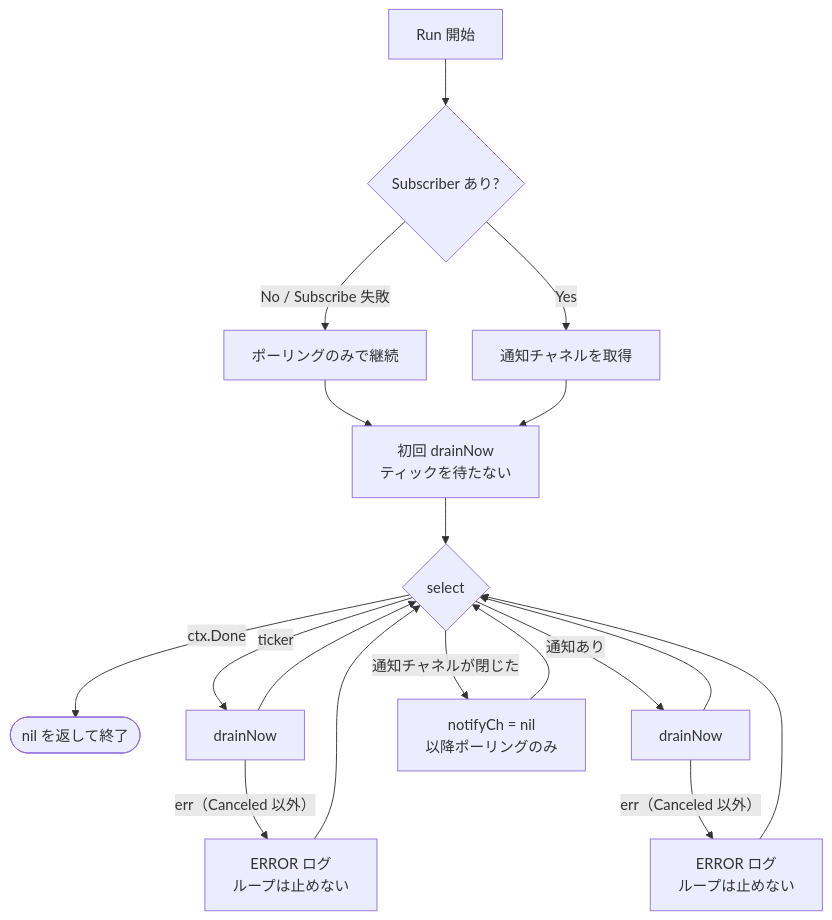
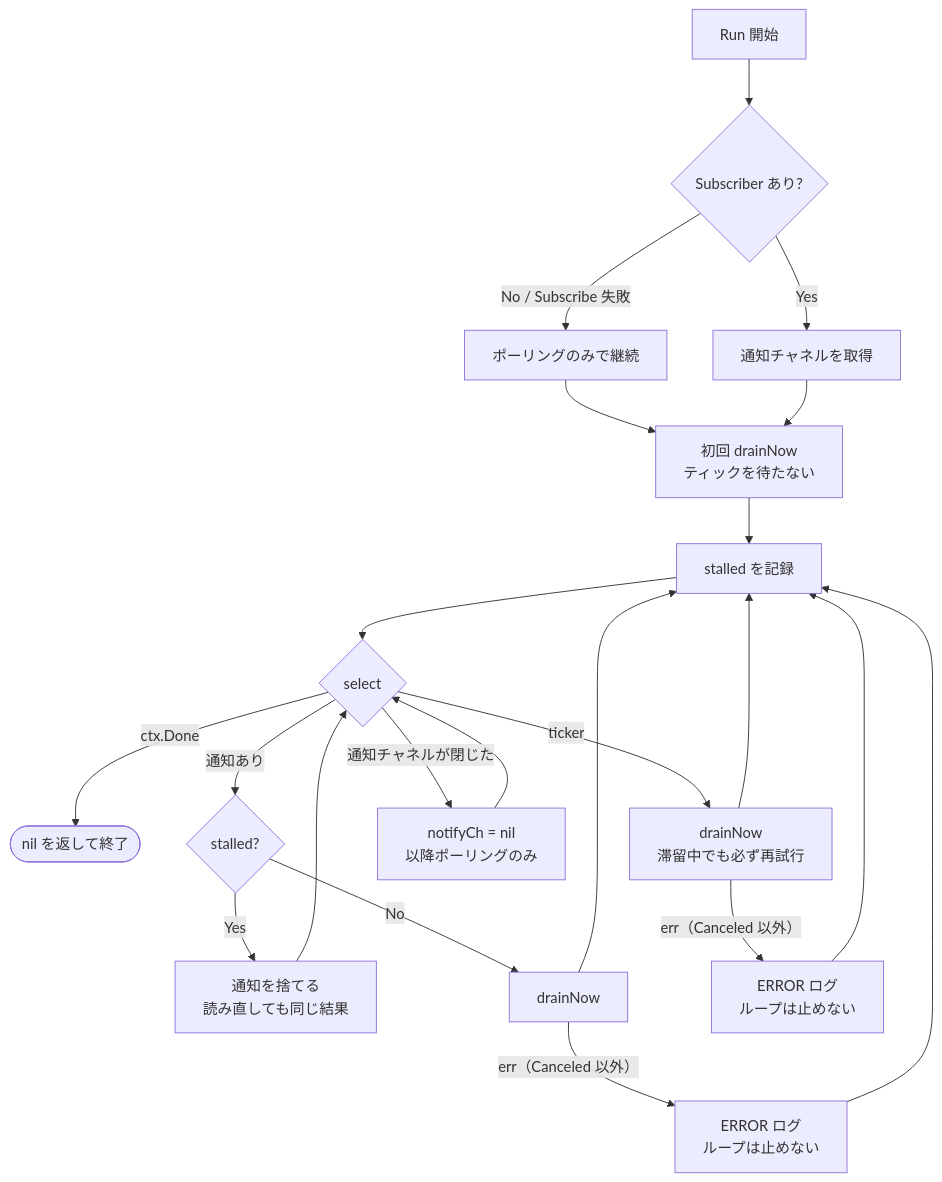
Before and after one commit to uchidas-rogue/game-api-sample: the first of 4 diagrams in docs/testing/outbox-worker.md, drawn with Mermaid. The commit also changed other lines of this file and 7 other files, not shown here.

````diff
--- a/docs/testing/outbox-worker.md
+++ b/docs/testing/outbox-worker.md
@@ -26,20 +96,24 @@
 ```mermaid
 flowchart TD
     A[Run 開始] --> B{Subscriber あり?}
     B -- No / Subscribe 失敗 --> C[ポーリングのみで継続]
     B -- Yes --> C2[通知チャネルを取得]
     C --> D[初回 drainNow<br/>ティックを待たない]
     C2 --> D
-    D --> L{select}
+    D --> S[stalled を記録]
+    S --> L{select}
     L -- ctx.Done --> Z([nil を返して終了])
-    L -- ticker --> T[drainNow]
-    L -- 通知あり --> N[drainNow]
+    L -- ticker --> T[drainNow<br/>滞留中でも必ず再試行]
+    L -- 通知あり --> NQ{stalled?}
     L -- 通知チャネルが閉じた --> X[notifyCh = nil<br/>以降ポーリングのみ]
     X --> L
+    NQ -- Yes --> ND[通知を捨てる<br/>読み直しても同じ結果]
+    NQ -- No --> N[drainNow]
+    ND --> L
     T -- err（Canceled 以外） --> TE[ERROR ログ<br/>ループは止めない]
     N -- err（Canceled 以外） --> NE[ERROR ログ<br/>ループは止めない]
-    T --> L
-    N --> L
-    TE --> L
-    NE --> L
+    T --> S
+    N --> S
+    TE --> S
+    NE --> S
 ```
````
